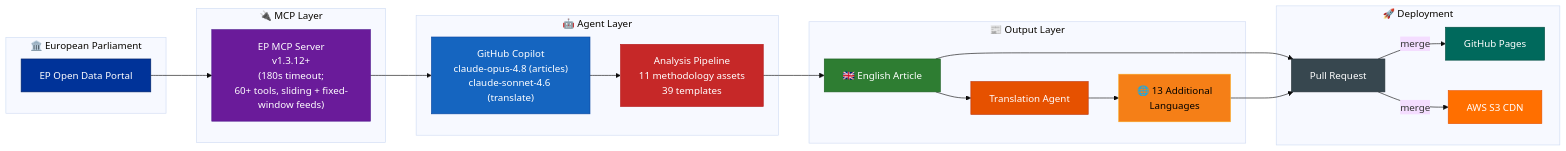
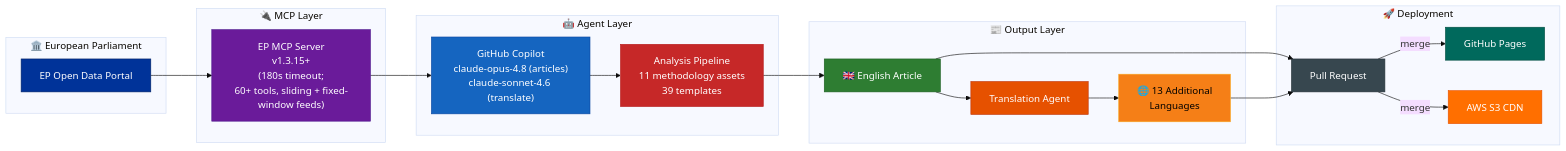
Diagram 23 of 23 in WORKFLOWS.md (Hack23/euparliamentmonitor), drawn with Mermaid (base theme) before and after one commit. The commit also changed other lines of this file and 39 other files, not shown here.

````diff
--- a/WORKFLOWS.md
+++ b/WORKFLOWS.md
@@ -2253,42 +2253,42 @@
 ```mermaid
 flowchart LR
     subgraph "🏛️ European Parliament"
         EP["EP Open Data Portal"]
     end
 
     subgraph "🔌 MCP Layer"
-        MCP["EP MCP Server<br/>v1.3.12+<br/>(180s timeout;<br/>60+ tools, sliding + fixed-window feeds)"]
+        MCP["EP MCP Server<br/>v1.3.15+<br/>(180s timeout;<br/>60+ tools, sliding + fixed-window feeds)"]
     end
 
     subgraph "🤖 Agent Layer"
         Agent["GitHub Copilot<br/>claude-opus-4.8 (articles)<br/>claude-sonnet-4.6 (translate)"]
         Analyze["Analysis Pipeline<br/>11 methodology assets<br/>39 templates"]
     end
 
     subgraph "📰 Output Layer"
         EN["🇬🇧 English Article"]
         Translate["Translation Agent"]
         Multi["🌐 13 Additional<br/>Languages"]
     end
 
     subgraph "🚀 Deployment"
         PR["Pull Request"]
         Pages["GitHub Pages"]
         S3["AWS S3 CDN"]
     end
 
     EP --> MCP --> Agent --> Analyze --> EN --> PR
     EN --> Translate --> Multi --> PR
     PR --> |"merge"| Pages & S3
 
     style EP fill:#003399,stroke:#002266,color:#FFFFFF
     style MCP fill:#6A1B9A,stroke:#4A148C,color:#FFFFFF
     style Agent fill:#1565C0,stroke:#0D47A1,color:#FFFFFF
     style Analyze fill:#C62828,stroke:#B71C1C,color:#FFFFFF
     style EN fill:#2E7D32,stroke:#1B5E20,color:#FFFFFF
     style Translate fill:#E65100,stroke:#BF360C,color:#FFFFFF
     style Multi fill:#F57F17,stroke:#F9A825,color:#000000
     style PR fill:#37474F,stroke:#263238,color:#FFFFFF
     style Pages fill:#00695C,stroke:#004D40,color:#FFFFFF
     style S3 fill:#FF6F00,stroke:#E65100,color:#FFFFFF
 ```
````
